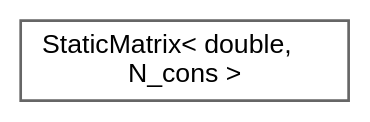
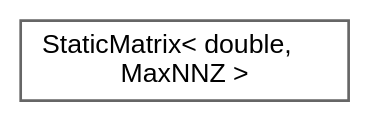
The diagram in inherit_graph_88.dot (jswoo0615/Algorithms_for_Optimization_cpp), drawn with Graphviz before and after one commit. The commit also changed 137 other files, not shown here.

```diff
--- a/inherit_graph_88.dot
+++ b/inherit_graph_88.dot
@@ -1,9 +1,9 @@
 digraph "Graphical Class Hierarchy"
 {
  // LATEX_PDF_SIZE
   bgcolor="transparent";
   edge [fontname=Helvetica,fontsize=10,labelfontname=Helvetica,labelfontsize=10];
   node [fontname=Helvetica,fontsize=10,shape=box,height=0.2,width=0.4];
   rankdir="LR";
-  Node0 [id="Node000000",label="StaticMatrix\< double,\l N_cons \>",height=0.2,width=0.4,color="grey40", fillcolor="white", style="filled",URL="$classStaticMatrix.html",tooltip=" "];
+  Node0 [id="Node000000",label="StaticMatrix\< double,\l MaxNNZ \>",height=0.2,width=0.4,color="grey40", fillcolor="white", style="filled",URL="$classStaticMatrix.html",tooltip=" "];
 }
```
